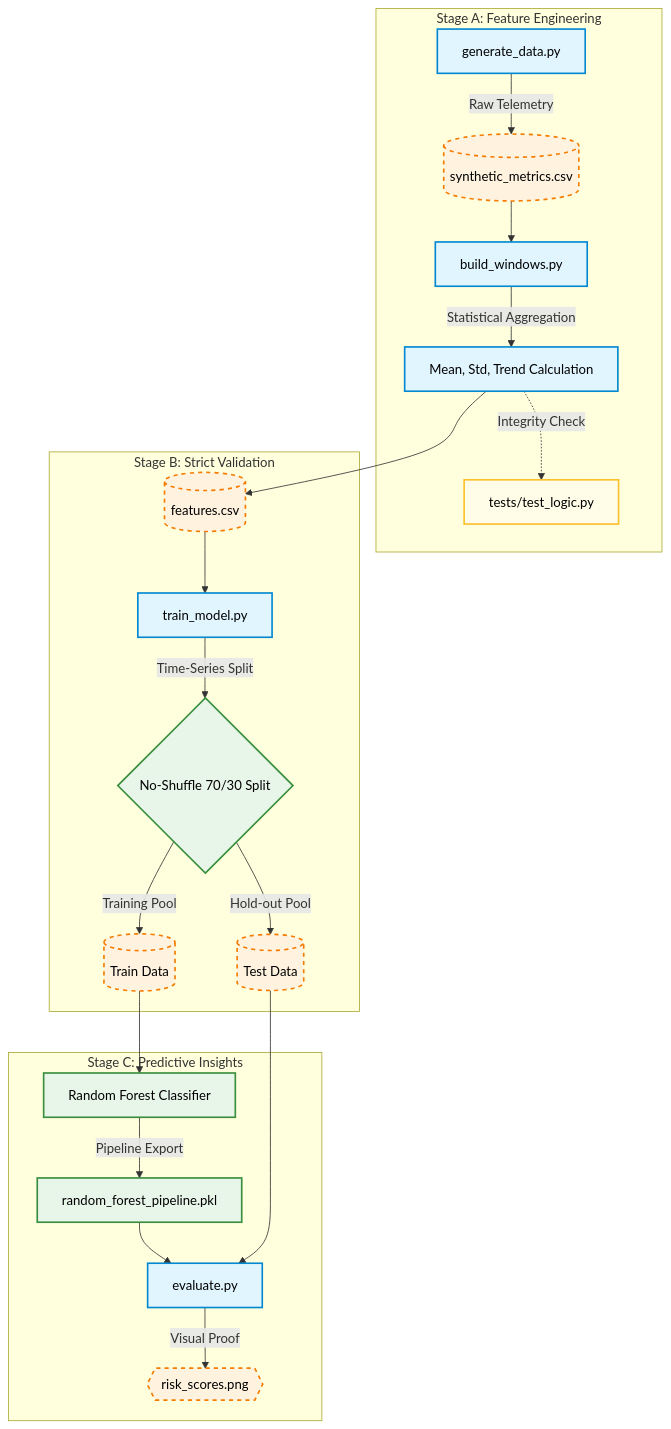
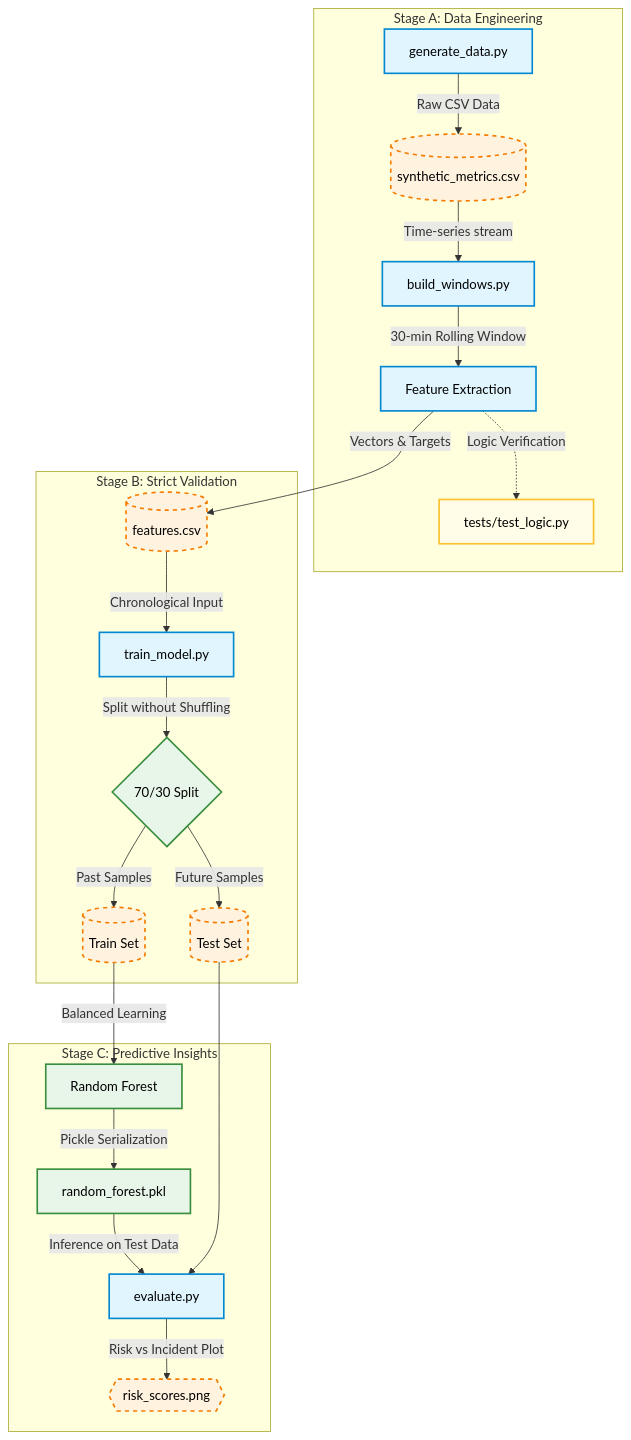
The second of 4 diagrams in DESIGN_DOC.MD (JinTonikCZ/cloud-metrics-incident-prediction), drawn with Mermaid before and after one commit. The commit also changed other lines of this file, not shown here.

````diff
--- a/DESIGN_DOC.MD
+++ b/DESIGN_DOC.MD
@@ -52,31 +52,31 @@
 ```mermaid
 flowchart TD
     %% Colors and Styling for high readability
     classDef script fill:#e1f5fe,stroke:#0288d1,stroke-width:2px,color:#000;
     classDef data fill:#fff3e0,stroke:#f57c00,stroke-width:2px,stroke-dasharray: 5 5,color:#000;
     classDef model fill:#e8f5e9,stroke:#388e3c,stroke-width:2px,color:#000;
     classDef test fill:#fffde7,stroke:#fbc02d,stroke-width:2px,color:#000;
 
-    subgraph Data_Processing [Stage A: Feature Engineering]
-        S1[generate_data.py]:::script -->|Raw Telemetry| DA1[(synthetic_metrics.csv)]:::data
-        DA1 --> S2[build_windows.py]:::script
-        S2 -->|Statistical Aggregation| S2_F[Mean, Std, Trend Calculation]:::script
-        S2_F -.->|Integrity Check| T1[tests/test_logic.py]:::test
+    subgraph Data_Processing [Stage A: Data Engineering]
+        S1[generate_data.py]:::script -->|Raw CSV Data| DA1[(synthetic_metrics.csv)]:::data
+        DA1 -->|Time-series stream| S2[build_windows.py]:::script
+        S2 -->|30-min Rolling Window| S2_F[Feature Extraction]:::script
+        S2_F -.->|Logic Verification| T1[tests/test_logic.py]:::test
     end
 
-    subgraph Training_Logic [Stage B: Strict Validation]
-        S2_F --> DA2[(features.csv)]:::data
-        DA2 --> S3[train_model.py]:::script
-        S3 -->|Time-Series Split| TSet{No-Shuffle 70/30 Split}:::model
-        TSet -->|Training Pool| TrSet[(Train Data)]:::data
-        TSet -->|Hold-out Pool| TeSet[(Test Data)]:::data
+   subgraph Training_Logic [Stage B: Strict Validation]
+        S2_F -->|Vectors & Targets| DA2[(features.csv)]:::data
+        DA2 -->|Chronological Input| S3[train_model.py]:::script
+        S3 -->|Split without Shuffling| TSet{70/30 Split}:::model
+        TSet -->|Past Samples| TrSet[(Train Set)]:::data
+        TSet -->|Future Samples| TeSet[(Test Set)]:::data
     end
 
-    subgraph Modeling_Output [Stage C: Predictive Insights]
-        TrSet --> RF[Random Forest Classifier]:::model
-        RF -->|Pipeline Export| MO1[random_forest_pipeline.pkl]:::model
-        MO1 --> S4[evaluate.py]:::script
+   subgraph Modeling_Output [Stage C: Predictive Insights]
+        TrSet -->|Balanced Learning| RF[Random Forest]:::model
+        RF -->|Pickle Serialization| MO1[random_forest.pkl]:::model
+        MO1 -->|Inference on Test Data| S4[evaluate.py]:::script
         TeSet --> S4
-        S4 -->|Visual Proof| M1{{risk_scores.png}}:::data
+        S4 -->|Risk vs Incident Plot| M1{{risk_scores.png}}:::data
     end
 ```
````
